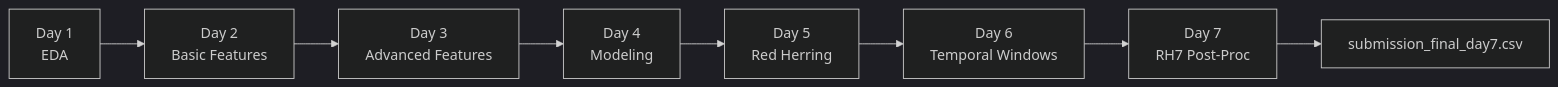
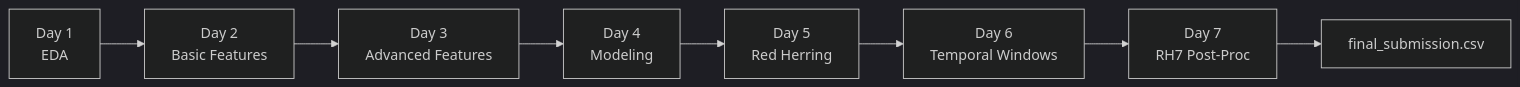
The diagram in README.md (Vedansh-Mittal/IITD-Phase2), drawn with Mermaid (dark theme) before and after one commit. The commit also changed other lines of this file, not shown here.

Commit message:
Update README and untrack submission_final_day7.csv

````diff
--- a/README.md
+++ b/README.md
@@ -160,10 +160,10 @@
 ```mermaid
 graph LR
     A[Day 1<br/>EDA] --> B[Day 2<br/>Basic Features]
     B --> C[Day 3<br/>Advanced Features]
     C --> D[Day 4<br/>Modeling]
     D --> E[Day 5<br/>Red Herring]
     E --> F[Day 6<br/>Temporal Windows]
     F --> H[Day 7<br/>RH7 Post-Proc]
-    H --> G[submission_final_day7.csv]
+    H --> G[final_submission.csv]
 ```
````
